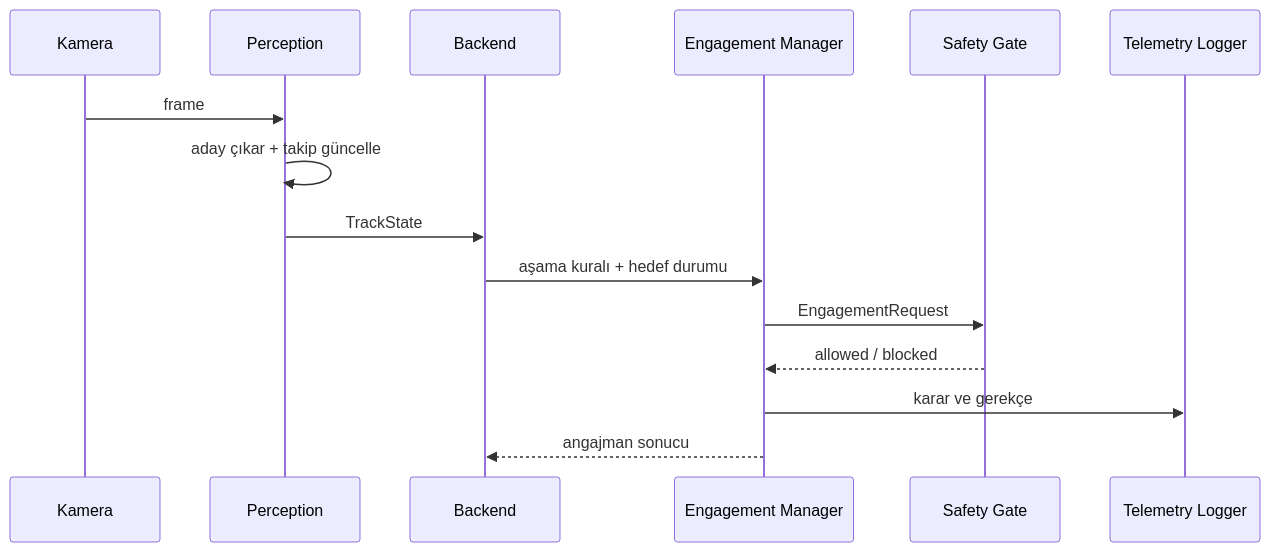
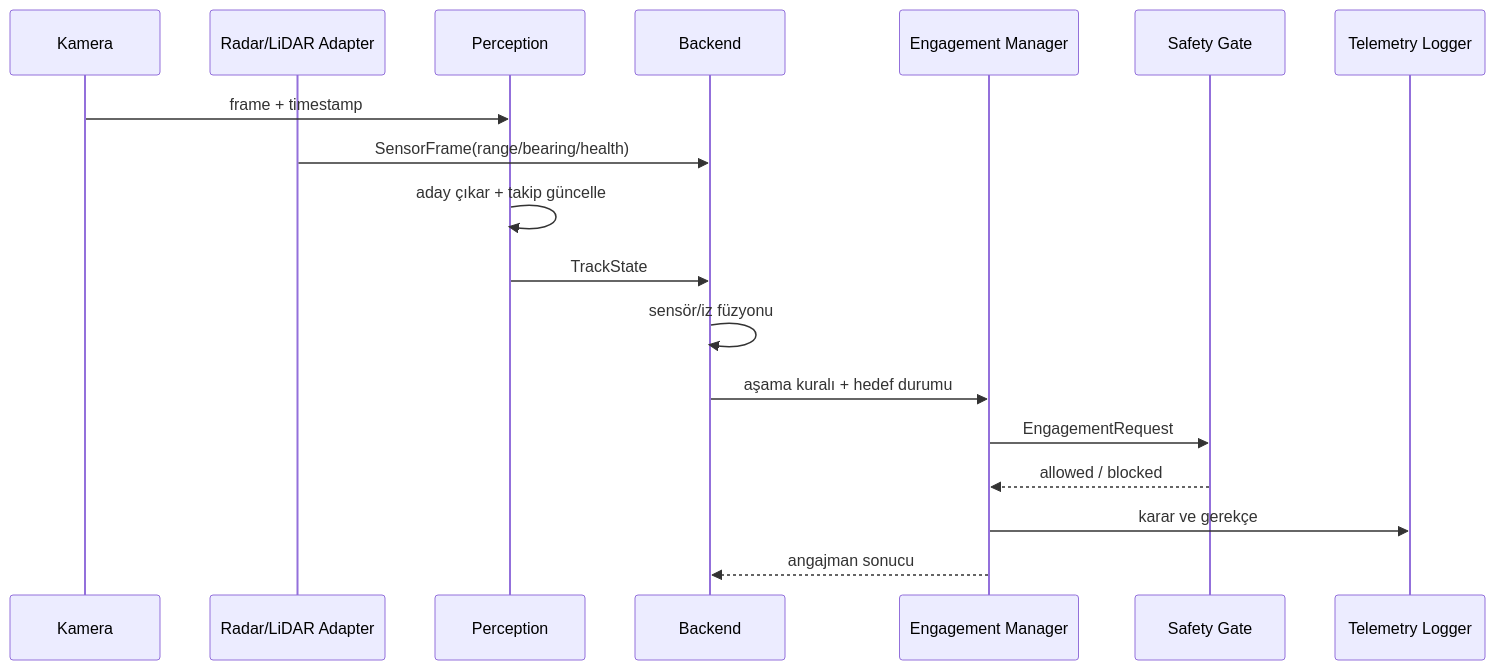
Before and after one commit to AlperKartkaya/gokkalkan: the tenth of 11 diagrams in reports/diyagramlar/mermaid_kodu/ktr_mermaid_diagrams.md, drawn with Mermaid. The commit also changed other lines of this file and 8 other files, not shown here.

Commit message:
docs: add operator panel interface roadmap and update tech stack documentation

````diff
--- a/reports/diyagramlar/mermaid_kodu/ktr_mermaid_diagrams.md
+++ b/reports/diyagramlar/mermaid_kodu/ktr_mermaid_diagrams.md
@@ -183,18 +201,21 @@
 ```mermaid
 sequenceDiagram
     participant C as Kamera
+    participant R as Radar/LiDAR Adapter
     participant P as Perception
     participant B as Backend
     participant E as Engagement Manager
     participant S as Safety Gate
     participant L as Telemetry Logger
 
-    C->>P: frame
+    C->>P: frame + timestamp
+    R->>B: SensorFrame(range/bearing/health)
     P->>P: aday çıkar + takip güncelle
     P->>B: TrackState
+    B->>B: sensör/iz füzyonu
     B->>E: aşama kuralı + hedef durumu
     E->>S: EngagementRequest
     S-->>E: allowed / blocked
     E->>L: karar ve gerekçe
     E-->>B: angajman sonucu
 ```
````
